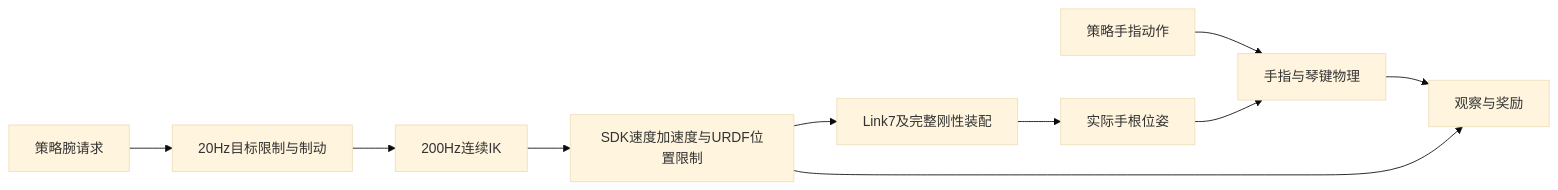
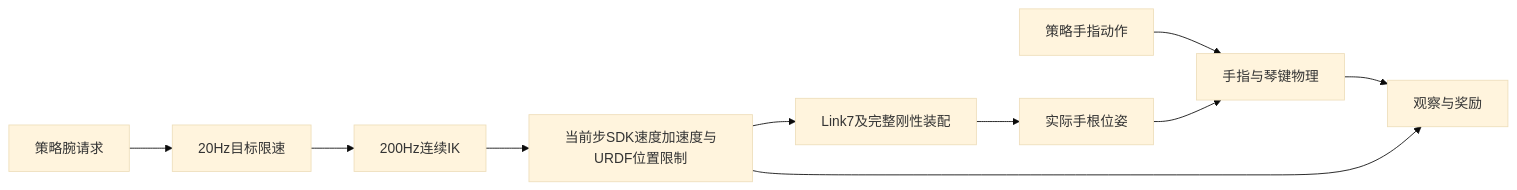
The diagram in docs/training_environment.md (AGIMani/TsenseIianist), drawn with Mermaid (base theme) before and after one commit. The commit also changed other lines of this file and 2136 other files, not shown here.

````diff
--- a/docs/training_environment.md
+++ b/docs/training_environment.md
@@ -11,12 +11,12 @@
 ```mermaid
 flowchart LR
-    A[策略腕请求] --> B[20Hz目标限制与制动]
+    A[策略腕请求] --> B[20Hz目标限速]
     B --> C[200Hz连续IK]
-    C --> D[SDK速度加速度与URDF位置限制]
+    C --> D[当前步SDK速度加速度与URDF位置限制]
     D --> E[Link7及完整刚性装配]
     E --> F[实际手根位姿]
     G[策略手指动作] --> H[手指与琴键物理]
     F --> H
     H --> I[观察与奖励]
     D --> I
 ```
````
